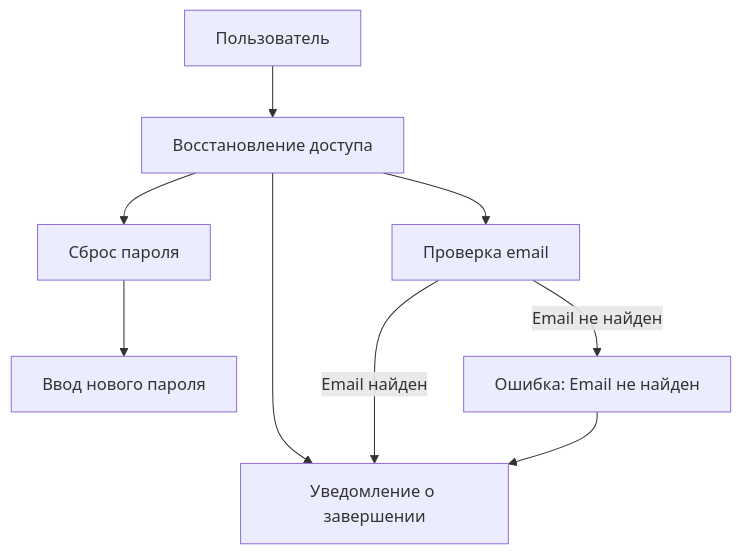
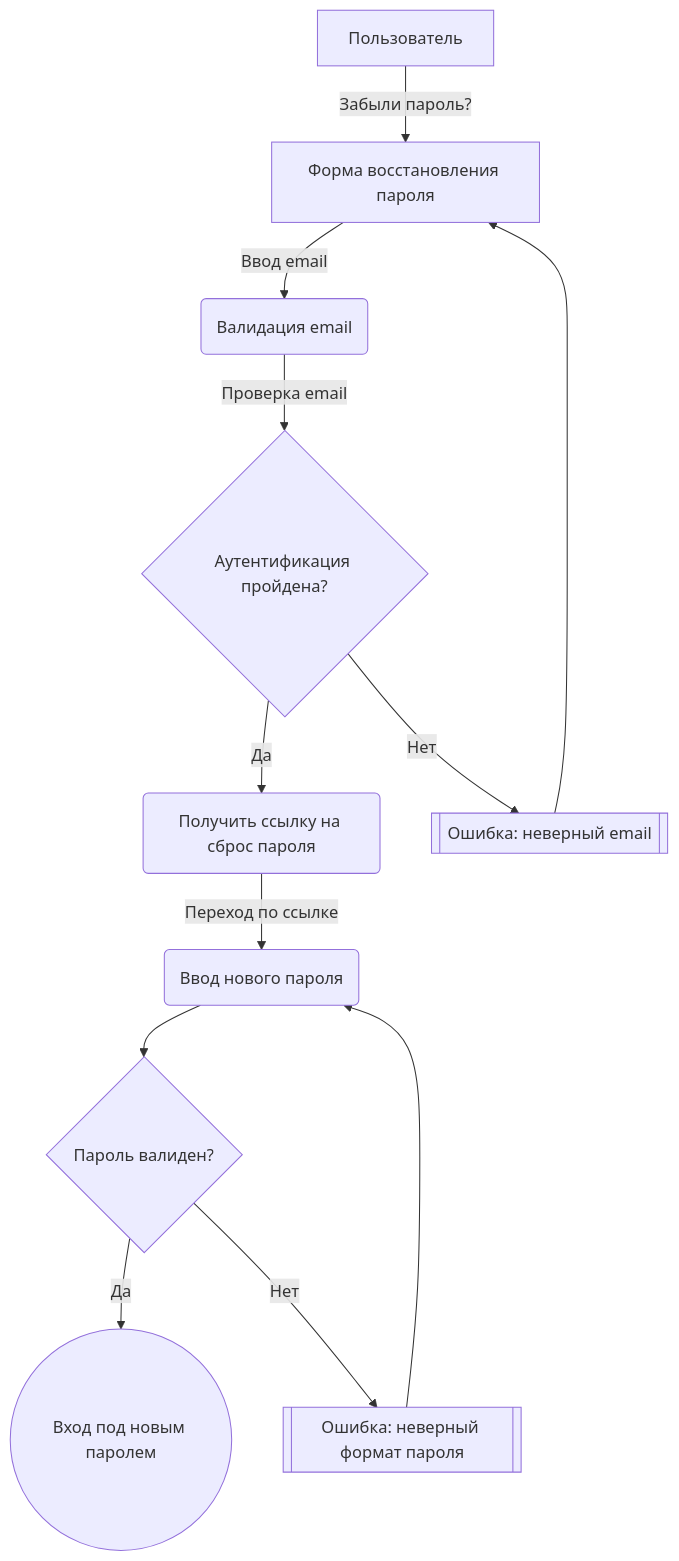
One commit to P314Rat/LegalexAccount changed the first of 2 diagrams in Documentation/docs/авторизация/password-recovery.md. Above: the diagram before and after it, drawn with Mermaid. The commit also changed other lines of this file and 4 other files, not shown here.

````diff
--- a/Documentation/docs/авторизация/password-recovery.md
+++ b/Documentation/docs/авторизация/password-recovery.md
@@ -25,11 +16,14 @@
 ```mermaid
-graph TD
-    A[Пользователь] --> B[Восстановление доступа]
-    B --> C[Проверка email]
-    B --> D[Сброс пароля]
-    D --> E[Ввод нового пароля]
-    B --> F[Уведомление о завершении]
-    C -->|Email найден| F
-    C -->|Email не найден| G[Ошибка: Email не найден]
-    G --> F
+graph TD;
+    A[Пользователь] -->|Забыли пароль?| B[Форма восстановления пароля]
+    B -->|Ввод email| C(Валидация email)
+    C -->|Проверка email| D{Аутентификация пройдена?}
+    D -->|Да| E(Получить ссылку на сброс пароля)
+    D -->|Нет| J[[Ошибка: неверный email]]
+    E -->|Переход по ссылке| F(Ввод нового пароля)
+    F --> G{Пароль валиден?}
+    G -->|Да| H((Вход под новым паролем))
+    G -->|Нет| I[[Ошибка: неверный формат пароля]]
+    I --> F
+    J --> B
 ```
````
